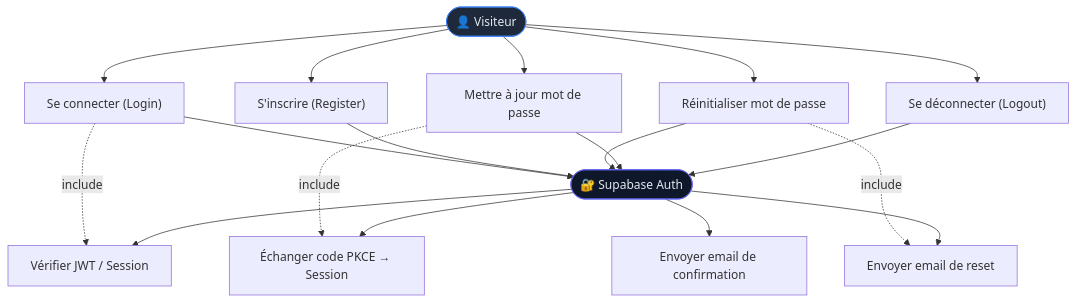
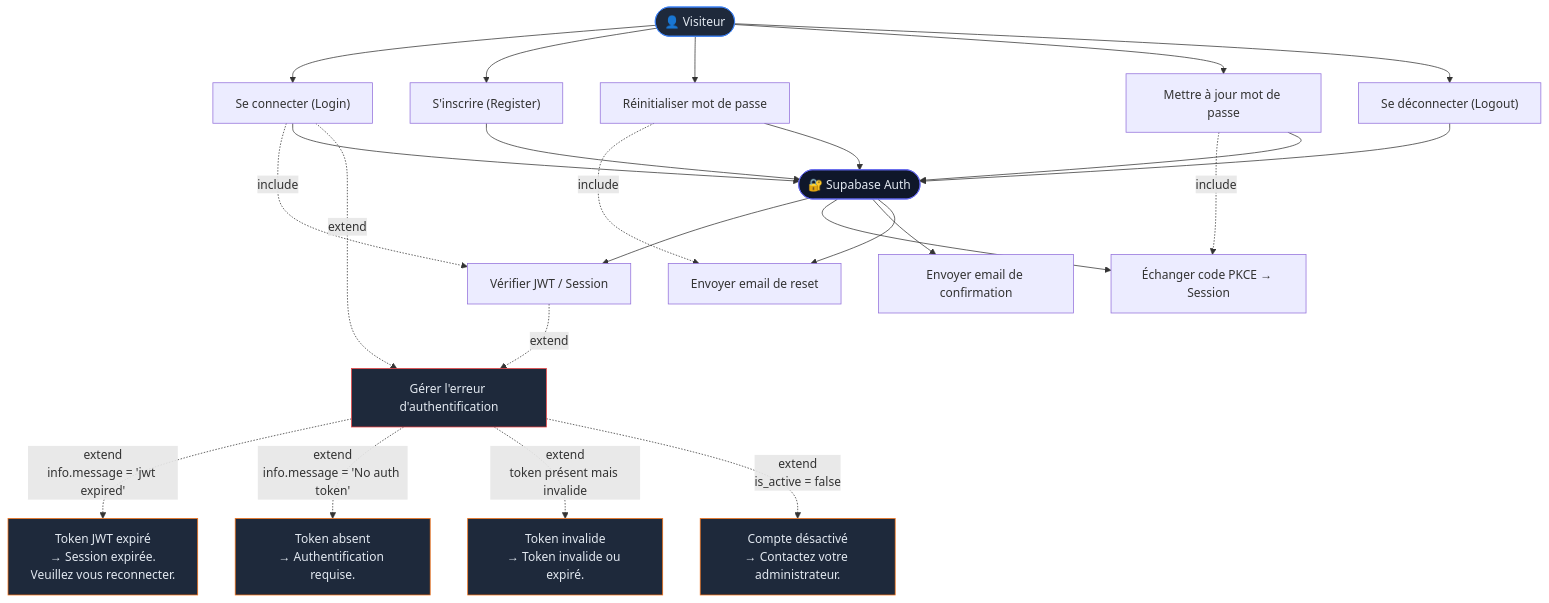
One commit to uciie/crm changed the diagram in docs/use_cases/acces.mermaid. Above: the diagram before and after it, drawn with Mermaid. The commit also changed 2 other files, not shown here.

```diff
--- a/docs/use_cases/acces.mermaid
+++ b/docs/use_cases/acces.mermaid
@@ -1,37 +1,57 @@
 graph TD
     V(["👤 Visiteur"])
     SA(["🔐 Supabase Auth"])
 
     UC1["Se connecter (Login)"]
     UC2["S'inscrire (Register)"]
     UC3["Réinitialiser mot de passe"]
     UC4["Mettre à jour mot de passe"]
     UC5["Se déconnecter (Logout)"]
     UC6["Vérifier JWT / Session"]
     UC7["Échanger code PKCE → Session"]
     UC8["Envoyer email de confirmation"]
     UC9["Envoyer email de reset"]
+    UC10["Gérer l'erreur d'authentification"]
+    UC11["Token JWT expiré\n→ Session expirée.\nVeuillez vous reconnecter."]
+    UC12["Token absent\n→ Authentification requise."]
+    UC13["Token invalide\n→ Token invalide ou expiré."]
+    UC14["Compte désactivé\n→ Contactez votre administrateur."]
 
     V --> UC1
     V --> UC2
     V --> UC3
     V --> UC4
     V --> UC5
 
     UC1 -.->|include| UC6
     UC3 -.->|include| UC9
     UC4 -.->|include| UC7
 
     UC1 --> SA
     UC2 --> SA
     UC3 --> SA
     UC4 --> SA
     UC5 --> SA
 
     SA --> UC6
     SA --> UC7
     SA --> UC8
     SA --> UC9
 
+    %% Extension : erreurs d'authentification depuis JwtAuthGuard / JwtStrategy
+    UC1 -.->|extend| UC10
+    UC6 -.->|extend| UC10
+
+    %% Spécialisations de l'erreur d'authentification
+    UC10 -.->|extend\ninfo.message = 'jwt expired'| UC11
+    UC10 -.->|extend\ninfo.message = 'No auth token'| UC12
+    UC10 -.->|extend\ntoken présent mais invalide| UC13
+    UC10 -.->|extend\nis_active = false| UC14
+
     style V fill:#1e293b,stroke:#3b82f6,color:#e2e8f0
     style SA fill:#0f172a,stroke:#6366f1,color:#e2e8f0
+    style UC10 fill:#1e293b,stroke:#ef4444,color:#e2e8f0
+    style UC11 fill:#1e293b,stroke:#f97316,color:#e2e8f0
+    style UC12 fill:#1e293b,stroke:#f97316,color:#e2e8f0
+    style UC13 fill:#1e293b,stroke:#f97316,color:#e2e8f0
+    style UC14 fill:#1e293b,stroke:#f97316,color:#e2e8f0
```
